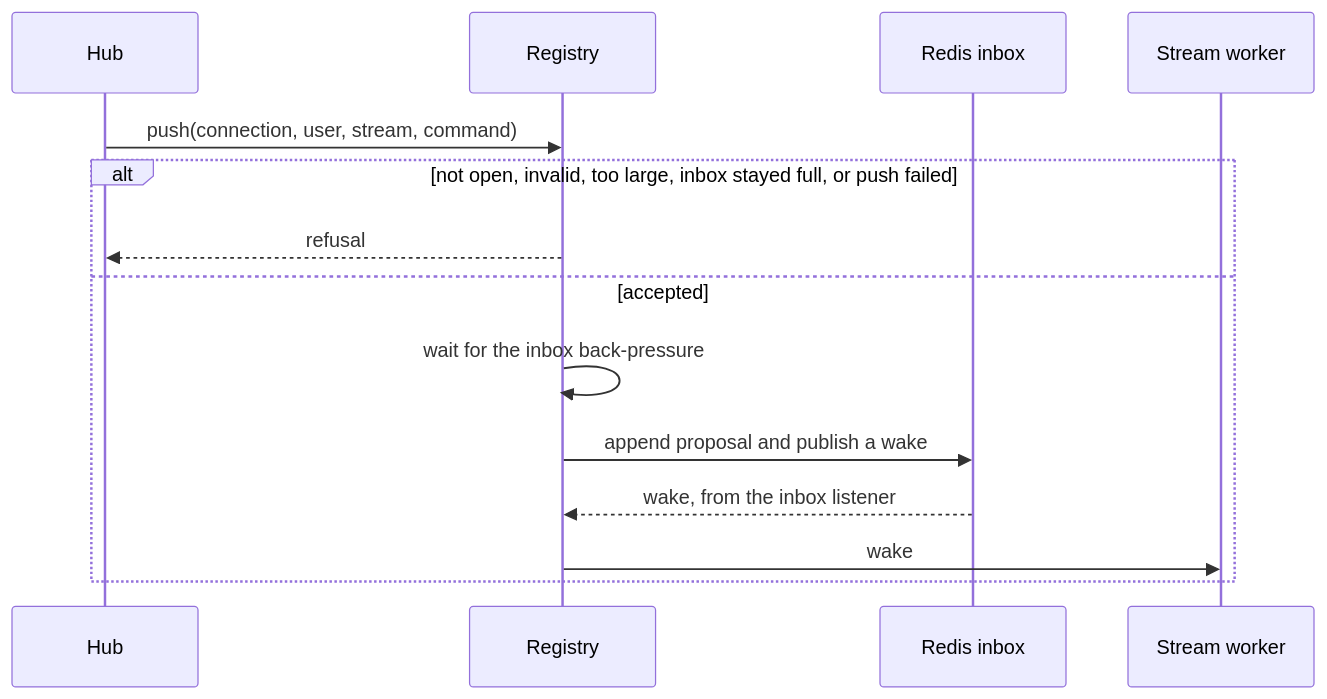
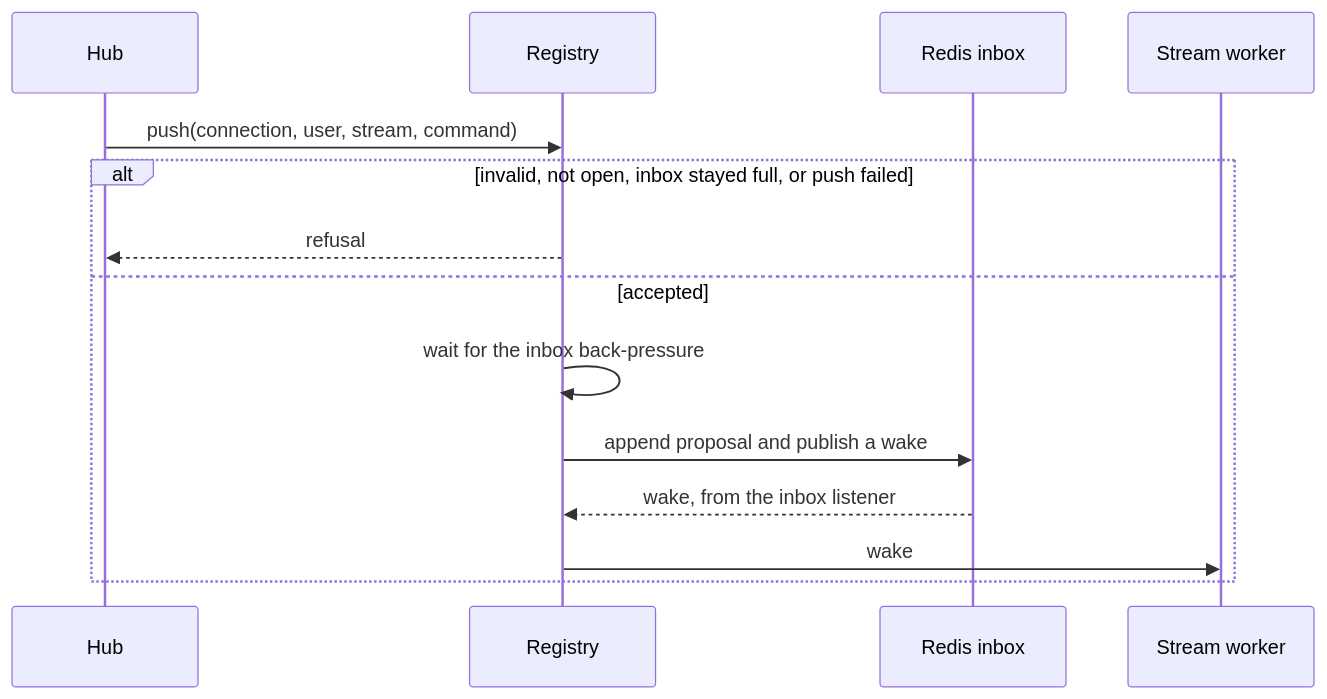
One commit to gzp79/shine-services changed the second of 8 diagrams in docs/services/builder/command-stream.md. Above: the diagram before and after it, drawn with Mermaid. The commit also changed other lines of this file and 14 other files, not shown here.

````diff
--- a/docs/services/builder/command-stream.md
+++ b/docs/services/builder/command-stream.md
@@ -61,17 +61,17 @@
 ```mermaid
 sequenceDiagram
     participant H as Hub
     participant R as Registry
     participant X as Redis inbox
     participant W as Stream worker
 
     H->>R: push(connection, user, stream, command)
-    alt not open, invalid, too large, inbox stayed full, or push failed
+    alt invalid, not open, inbox stayed full, or push failed
         R-->>H: refusal
     else accepted
         R->>R: wait for the inbox back-pressure
         R->>X: append proposal and publish a wake
         X-->>R: wake, from the inbox listener
         R->>W: wake
     end
 ```
````
